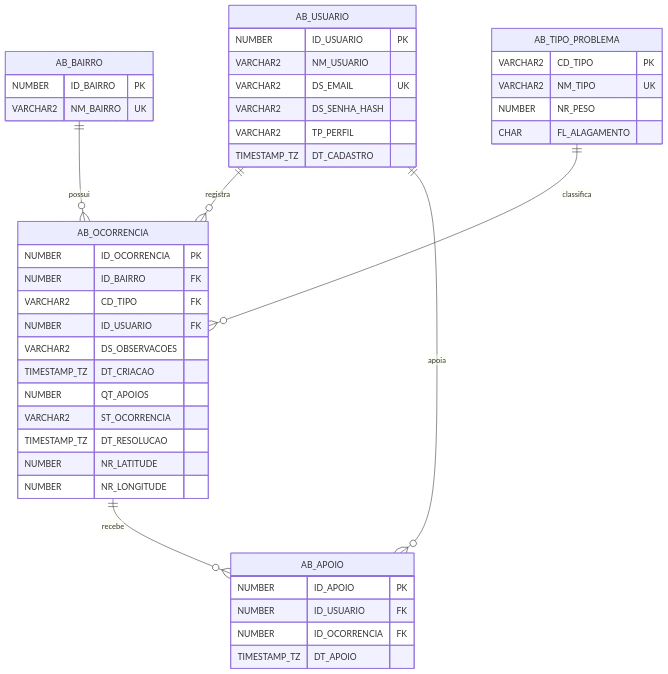
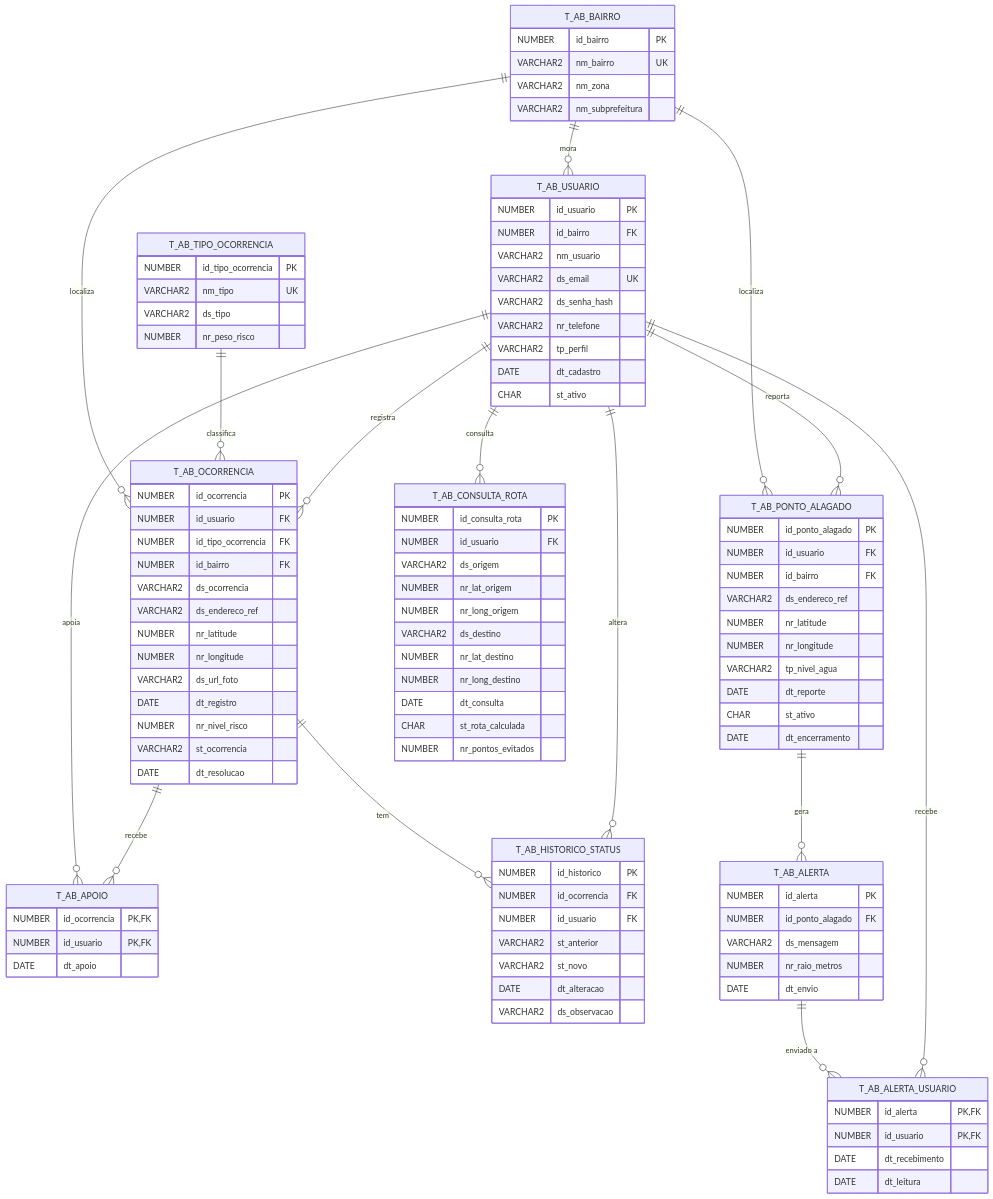
Before and after one commit to AlertaBairro/DDD-Java-GSCitizenTech: the diagram in README.md, drawn with Mermaid. The commit also changed other lines of this file and 2 other files, not shown here.

Commit message:
docs: README, documentação e requests.http para o modelo de dados do grupo (ER das 10 tabelas, ordem dos scripts e usuários de teste)

````diff
--- a/README.md
+++ b/README.md
@@ -83,46 +92,108 @@
 ```mermaid
 erDiagram
-    AB_BAIRRO ||--o{ AB_OCORRENCIA : "possui"
-    AB_TIPO_PROBLEMA ||--o{ AB_OCORRENCIA : "classifica"
-    AB_USUARIO ||--o{ AB_OCORRENCIA : "registra"
-    AB_USUARIO ||--o{ AB_APOIO : "apoia"
-    AB_OCORRENCIA ||--o{ AB_APOIO : "recebe"
+    T_AB_BAIRRO ||--o{ T_AB_USUARIO : "mora"
+    T_AB_BAIRRO ||--o{ T_AB_OCORRENCIA : "localiza"
+    T_AB_BAIRRO ||--o{ T_AB_PONTO_ALAGADO : "localiza"
+    T_AB_TIPO_OCORRENCIA ||--o{ T_AB_OCORRENCIA : "classifica"
+    T_AB_USUARIO ||--o{ T_AB_OCORRENCIA : "registra"
+    T_AB_USUARIO ||--o{ T_AB_APOIO : "apoia"
+    T_AB_OCORRENCIA ||--o{ T_AB_APOIO : "recebe"
+    T_AB_OCORRENCIA ||--o{ T_AB_HISTORICO_STATUS : "tem"
+    T_AB_USUARIO ||--o{ T_AB_HISTORICO_STATUS : "altera"
+    T_AB_USUARIO ||--o{ T_AB_PONTO_ALAGADO : "reporta"
+    T_AB_PONTO_ALAGADO ||--o{ T_AB_ALERTA : "gera"
+    T_AB_ALERTA ||--o{ T_AB_ALERTA_USUARIO : "enviado a"
+    T_AB_USUARIO ||--o{ T_AB_ALERTA_USUARIO : "recebe"
+    T_AB_USUARIO ||--o{ T_AB_CONSULTA_ROTA : "consulta"
 
-    AB_BAIRRO {
-        NUMBER ID_BAIRRO PK
-        VARCHAR2 NM_BAIRRO UK
+    T_AB_BAIRRO {
+        NUMBER id_bairro PK
+        VARCHAR2 nm_bairro UK
+        VARCHAR2 nm_zona
+        VARCHAR2 nm_subprefeitura
     }
-    AB_TIPO_PROBLEMA {
-        VARCHAR2 CD_TIPO PK
-        VARCHAR2 NM_TIPO UK
-        NUMBER NR_PESO
-        CHAR FL_ALAGAMENTO
+    T_AB_USUARIO {
+        NUMBER id_usuario PK
+        NUMBER id_bairro FK
+        VARCHAR2 nm_usuario
+        VARCHAR2 ds_email UK
+        VARCHAR2 ds_senha_hash
+        VARCHAR2 nr_telefone
+        VARCHAR2 tp_perfil
+        DATE dt_cadastro
+        CHAR st_ativo
     }
-    AB_USUARIO {
-        NUMBER ID_USUARIO PK
-        VARCHAR2 NM_USUARIO
-        VARCHAR2 DS_EMAIL UK
-        VARCHAR2 DS_SENHA_HASH
-        VARCHAR2 TP_PERFIL
-        TIMESTAMP_TZ DT_CADASTRO
+    T_AB_TIPO_OCORRENCIA {
+        NUMBER id_tipo_ocorrencia PK
+        VARCHAR2 nm_tipo UK
+        VARCHAR2 ds_tipo
+        NUMBER nr_peso_risco
     }
-    AB_OCORRENCIA {
-        NUMBER ID_OCORRENCIA PK
-        NUMBER ID_BAIRRO FK
-        VARCHAR2 CD_TIPO FK
-        NUMBER ID_USUARIO FK
-        VARCHAR2 DS_OBSERVACOES
-        TIMESTAMP_TZ DT_CRIACAO
-        NUMBER QT_APOIOS
-        VARCHAR2 ST_OCORRENCIA
-        TIMESTAMP_TZ DT_RESOLUCAO
-        NUMBER NR_LATITUDE
-        NUMBER NR_LONGITUDE
+    T_AB_OCORRENCIA {
+        NUMBER id_ocorrencia PK
+        NUMBER id_usuario FK
+        NUMBER id_tipo_ocorrencia FK
+        NUMBER id_bairro FK
+        VARCHAR2 ds_ocorrencia
+        VARCHAR2 ds_endereco_ref
+        NUMBER nr_latitude
+        NUMBER nr_longitude
+        VARCHAR2 ds_url_foto
+        DATE dt_registro
+        NUMBER nr_nivel_risco
+        VARCHAR2 st_ocorrencia
+        DATE dt_resolucao
     }
-    AB_APOIO {
-        NUMBER ID_APOIO PK
-        NUMBER ID_USUARIO FK
-        NUMBER ID_OCORRENCIA FK
-        TIMESTAMP_TZ DT_APOIO
+    T_AB_APOIO {
+        NUMBER id_ocorrencia PK,FK
+        NUMBER id_usuario PK,FK
+        DATE dt_apoio
+    }
+    T_AB_HISTORICO_STATUS {
+        NUMBER id_historico PK
+        NUMBER id_ocorrencia FK
+        NUMBER id_usuario FK
+        VARCHAR2 st_anterior
+        VARCHAR2 st_novo
+        DATE dt_alteracao
+        VARCHAR2 ds_observacao
+    }
+    T_AB_PONTO_ALAGADO {
+        NUMBER id_ponto_alagado PK
+        NUMBER id_usuario FK
+        NUMBER id_bairro FK
+        VARCHAR2 ds_endereco_ref
+        NUMBER nr_latitude
+        NUMBER nr_longitude
+        VARCHAR2 tp_nivel_agua
+        DATE dt_reporte
+        CHAR st_ativo
+        DATE dt_encerramento
+    }
+    T_AB_ALERTA {
+        NUMBER id_alerta PK
+        NUMBER id_ponto_alagado FK
+        VARCHAR2 ds_mensagem
+        NUMBER nr_raio_metros
+        DATE dt_envio
+    }
+    T_AB_ALERTA_USUARIO {
+        NUMBER id_alerta PK,FK
+        NUMBER id_usuario PK,FK
+        DATE dt_recebimento
+        DATE dt_leitura
+    }
+    T_AB_CONSULTA_ROTA {
+        NUMBER id_consulta_rota PK
+        NUMBER id_usuario FK
+        VARCHAR2 ds_origem
+        NUMBER nr_lat_origem
+        NUMBER nr_long_origem
+        VARCHAR2 ds_destino
+        NUMBER nr_lat_destino
+        NUMBER nr_long_destino
+        DATE dt_consulta
+        CHAR st_rota_calculada
+        NUMBER nr_pontos_evitados
     }
 ```
````
